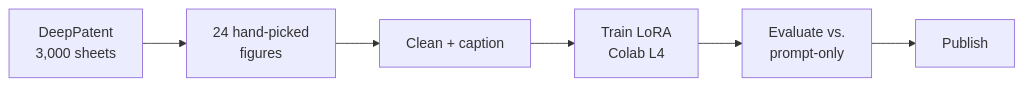
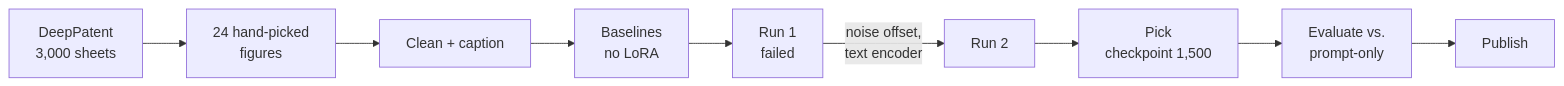
Before and after one commit to sisodiajatin/patent-style-lora: the diagram in README.md, drawn with Mermaid. The commit also changed other lines of this file, not shown here.

Commit message:
README: show baselines and the run-1 -> run-2 iteration in the approach
Claude-Session: https://claude.ai/code/session_0157M91FwtmdnffvhRXsRaDM

````diff
--- a/README.md
+++ b/README.md
@@ -36,8 +36,11 @@
 ```mermaid
 flowchart LR
     A[DeepPatent<br/>3,000 sheets] --> B[24 hand-picked<br/>figures]
     B --> C[Clean + caption]
-    C --> D[Train LoRA<br/>Colab L4]
-    D --> E[Evaluate vs.<br/>prompt-only]
-    E --> F[Publish]
+    C --> D[Baselines<br/>no LoRA]
+    D --> E[Run 1<br/>failed]
+    E -->|noise offset,<br/>text encoder| F[Run 2]
+    F --> G[Pick<br/>checkpoint 1,500]
+    G --> H[Evaluate vs.<br/>prompt-only]
+    H --> I[Publish]
 ```
````
